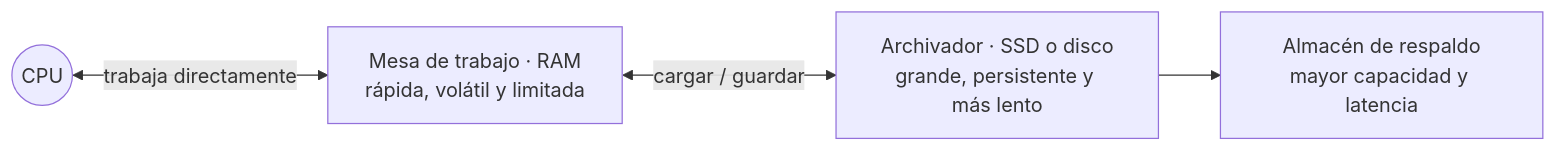
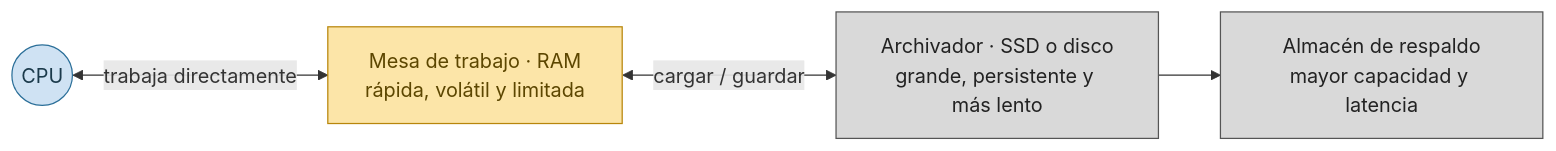
The fourth of 7 diagrams in TEORIA/06-gestion-de-memoria/README.md (asiermarzo/ssoo), drawn with Mermaid before and after one commit. The commit also changed other lines of this file and 25 other files, not shown here.

Commit message:
refinado de diagramas mermaid y svg

````diff
--- a/TEORIA/06-gestion-de-memoria/README.md
+++ b/TEORIA/06-gestion-de-memoria/README.md
@@ -510,6 +597,13 @@
 ```mermaid
 flowchart LR
     CPU((CPU)) <-->|trabaja directamente| RAM["Mesa de trabajo · RAM<br/>rápida, volátil y limitada"]
     RAM <-->|cargar / guardar| SSD["Archivador · SSD o disco<br/>grande, persistente y más lento"]
     SSD --> BK["Almacén de respaldo<br/>mayor capacidad y latencia"]
+
+    classDef cpu fill:#cfe2f3,stroke:#2b6f99,color:#1b3a4b;
+    classDef rapida fill:#fce5a8,stroke:#b8860b,color:#5c4600;
+    classDef lenta fill:#d9d9d9,stroke:#555555,color:#222222;
+    class CPU cpu;
+    class RAM rapida;
+    class SSD,BK lenta;
 ```
````
